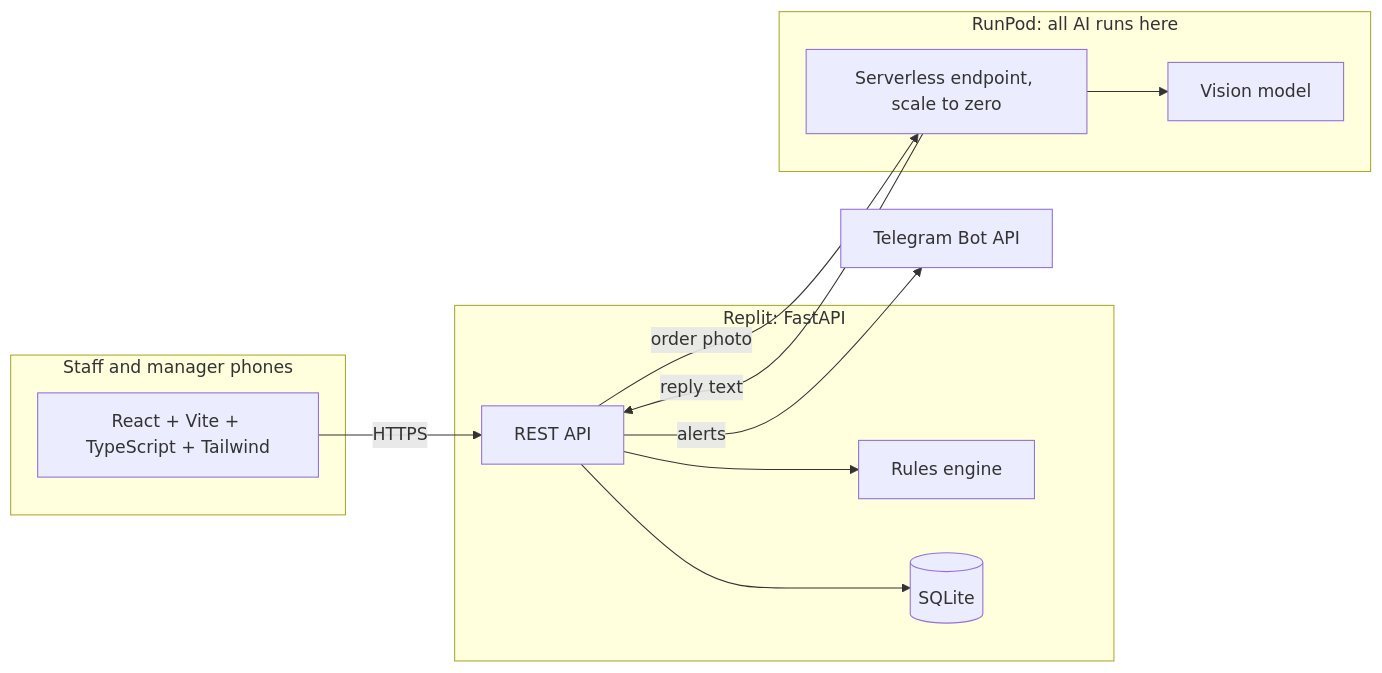
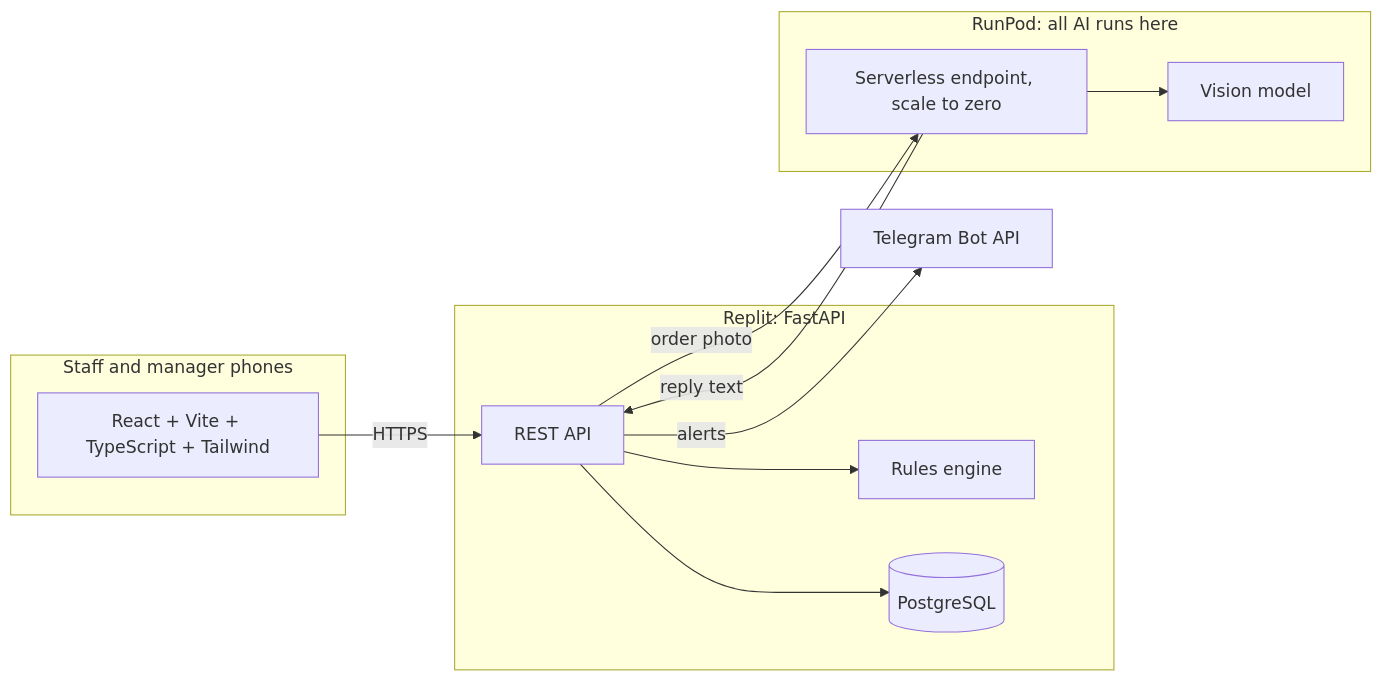
The diagram in README.md (Dellrall/SOPBox), drawn with Mermaid before and after one commit. The commit also changed other lines of this file and 31 other files, not shown here.

````diff
--- a/README.md
+++ b/README.md
@@ -36,24 +48,24 @@
 ```mermaid
 flowchart LR
   subgraph Phone["Staff and manager phones"]
     UI["React + Vite + TypeScript + Tailwind"]
   end
   subgraph App["Replit: FastAPI"]
     API["REST API"]
     RULES["Rules engine"]
-    DB[("SQLite")]
+    DB[("PostgreSQL")]
   end
   subgraph RunPod["RunPod: all AI runs here"]
     EP["Serverless endpoint, scale to zero"]
     VLM["Vision model"]
   end
   TG["Telegram Bot API"]
 
   UI -->|HTTPS| API
   API --> RULES
   API --> DB
   API -->|order photo| EP
   EP --> VLM
   EP -->|reply text| API
   API -->|alerts| TG
 ```
````
